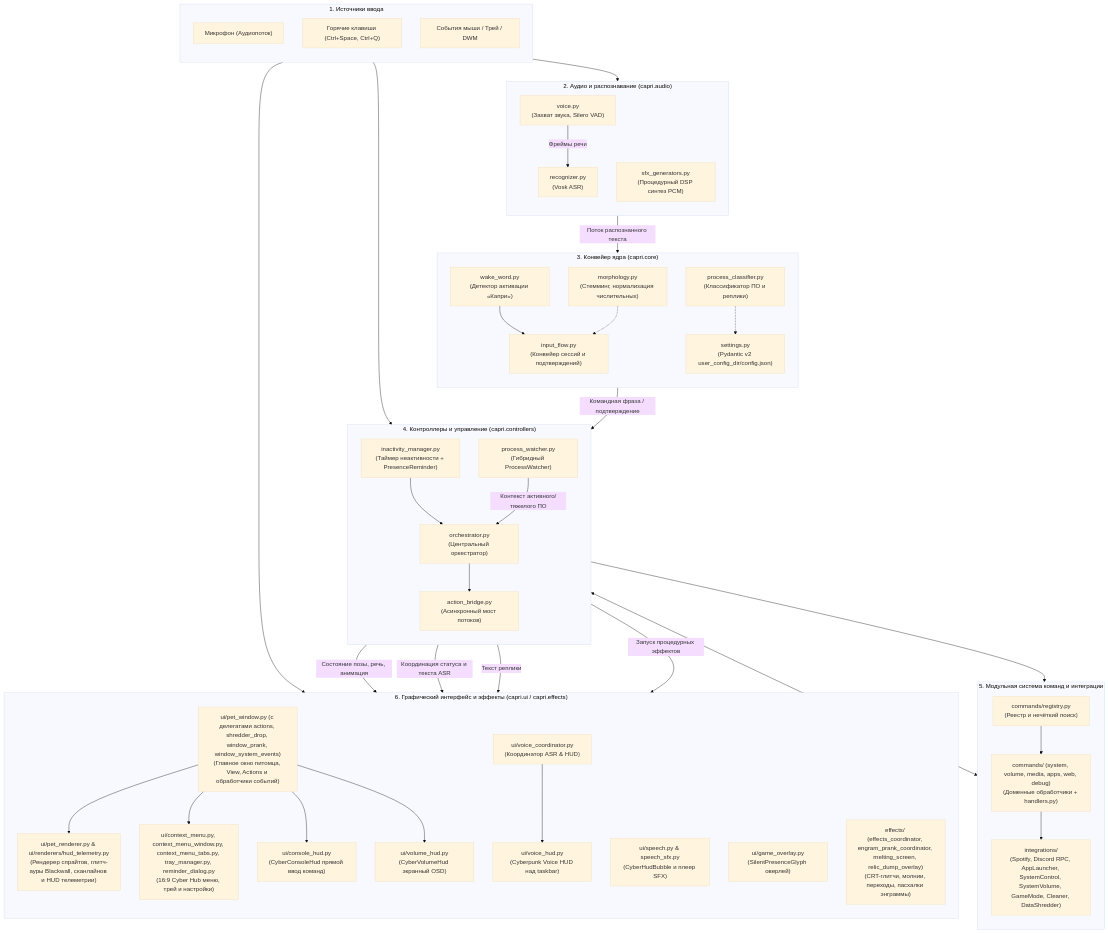
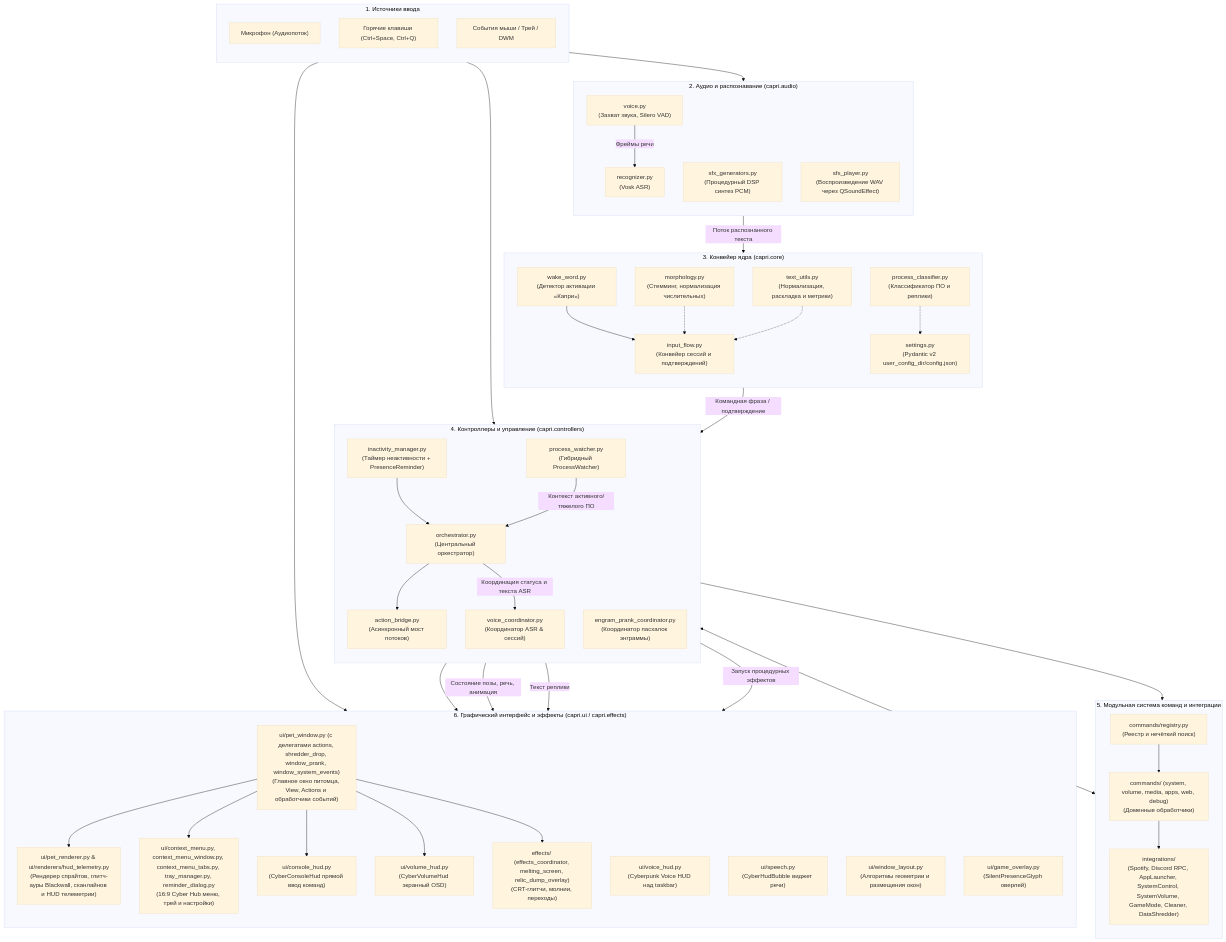
One commit to xTerionsilker/CapriPet-Python changed the first of 6 diagrams in docs/architecture.md. Above: the diagram before and after it, drawn with Mermaid (base theme). The commit also changed other lines of this file and 64 other files, not shown here.

```diff
--- a/docs/architecture.md
+++ b/docs/architecture.md
@@ -22,6 +22,7 @@
         Voice["voice.py<br/>(Захват звука, Silero VAD)"]
         ASR["recognizer.py<br/>(Vosk ASR)"]
         SFXGen["sfx_generators.py<br/>(Процедурный DSP синтез PCM)"]
+        SFXPlayer["sfx_player.py<br/>(Воспроизведение WAV через QSoundEffect)"]
         Voice -->|Фреймы речи| ASR
     end
 
@@ -31,11 +32,13 @@
         WakeWord["wake_word.py<br/>(Детектор активации «Капри»)"]
         InputFlow["input_flow.py<br/>(Конвейер сессий и подтверждений)"]
         Morphology["morphology.py<br/>(Стемминг, нормализация числительных)"]
+        TextUtils["text_utils.py<br/>(Нормализация, раскладка и метрики)"]
         Classifier["process_classifier.py<br/>(Классификатор ПО и реплики)"]
         Settings["settings.py<br/>(Pydantic v2 user_config_dir/config.json)"]
 
         WakeWord --> InputFlow
         Morphology -.-> InputFlow
+        TextUtils -.-> InputFlow
         Classifier -.-> Settings
     end
 
@@ -46,13 +49,15 @@
         Inactivity["inactivity_manager.py<br/>(Таймер неактивности + PresenceReminder)"]
         Watcher["process_watcher.py<br/>(Гибридный ProcessWatcher)"]
         ActionBridge["action_bridge.py<br/>(Асинхронный мост потоков)"]
+        VoiceCoord["voice_coordinator.py<br/>(Координатор ASR & сессий)"]
+        PrankCoord["engram_prank_coordinator.py<br/>(Координатор пасхалок энграммы)"]
     end
 
     %% Команды и интеграции
     subgraph CommandsSubsystem["5. Модульная система команд и интеграции"]
         direction TB
         Registry["commands/registry.py<br/>(Реестр и нечёткий поиск)"]
-        Handlers["commands/ (system, volume, media, apps, web, debug)<br/>(Доменные обработчики + handlers.py)"]
+        Handlers["commands/ (system, volume, media, apps, web, debug)<br/>(Доменные обработчики)"]
         Integrations["integrations/<br/>(Spotify, Discord RPC, AppLauncher, SystemControl, SystemVolume, GameMode, Cleaner, DataShredder)"]
 
         Registry --> Handlers
@@ -66,18 +71,19 @@
         PetRenderer["ui/pet_renderer.py & ui/renderers/hud_telemetry.py<br/>(Рендерер спрайтов, глитч-ауры Blackwall, сканлайнов и HUD телеметрии)"]
         ContextMenu["ui/context_menu.py, context_menu_window.py, context_menu_tabs.py, tray_manager.py, reminder_dialog.py<br/>(16:9 Cyber Hub меню, трей и настройки)"]
         ConsoleHUD["ui/console_hud.py<br/>(CyberConsoleHud прямой ввод команд)"]
-        VoiceCoord["ui/voice_coordinator.py<br/>(Координатор ASR & HUD)"]
         VoiceHUD["ui/voice_hud.py<br/>(Cyberpunk Voice HUD над taskbar)"]
         VolumeHUD["ui/volume_hud.py<br/>(CyberVolumeHud экранный OSD)"]
-        SpeechHUD["ui/speech.py & speech_sfx.py<br/>(CyberHudBubble и плеер SFX)"]
+        SpeechHUD["ui/speech.py<br/>(CyberHudBubble виджет речи)"]
+        WindowLayout["ui/window_layout.py<br/>(Алгоритмы геометрии и размещения окон)"]
         GameOverlay["ui/game_overlay.py<br/>(SilentPresenceGlyph оверлей)"]
-        Effects["effects/ (effects_coordinator, engram_prank_coordinator, melting_screen, relic_dump_overlay)<br/>(CRT-глитчи, молнии, переходы, пасхалки энграммы)"]
+        Effects["effects/ (effects_coordinator, melting_screen, relic_dump_overlay)<br/>(CRT-глитчи, молнии, переходы)"]
 
         PetWindow --> PetRenderer
         PetWindow --> ContextMenu
         PetWindow --> ConsoleHUD
         PetWindow --> VolumeHUD
         VoiceCoord --> VoiceHUD
+        PetWindow --> Effects
     end
 
     %% Связи между уровнями
```
